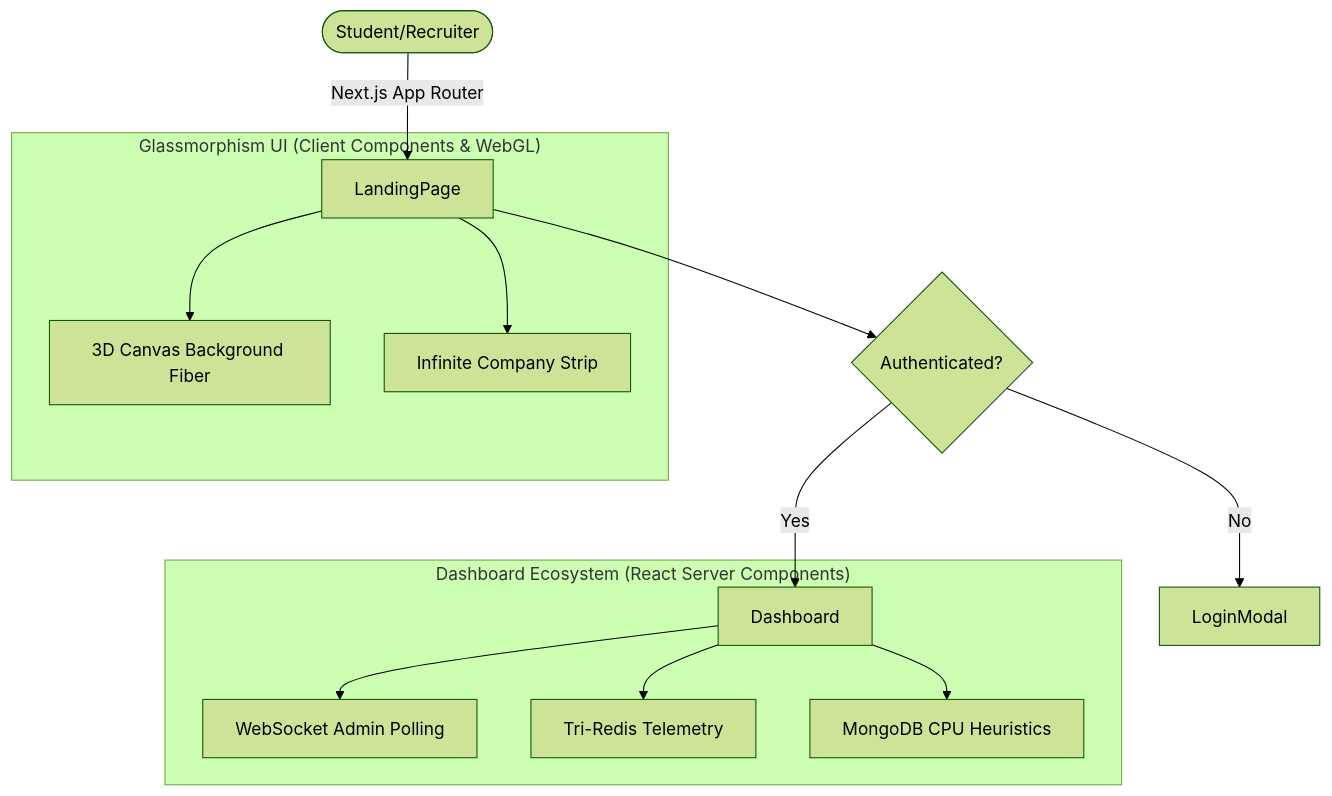
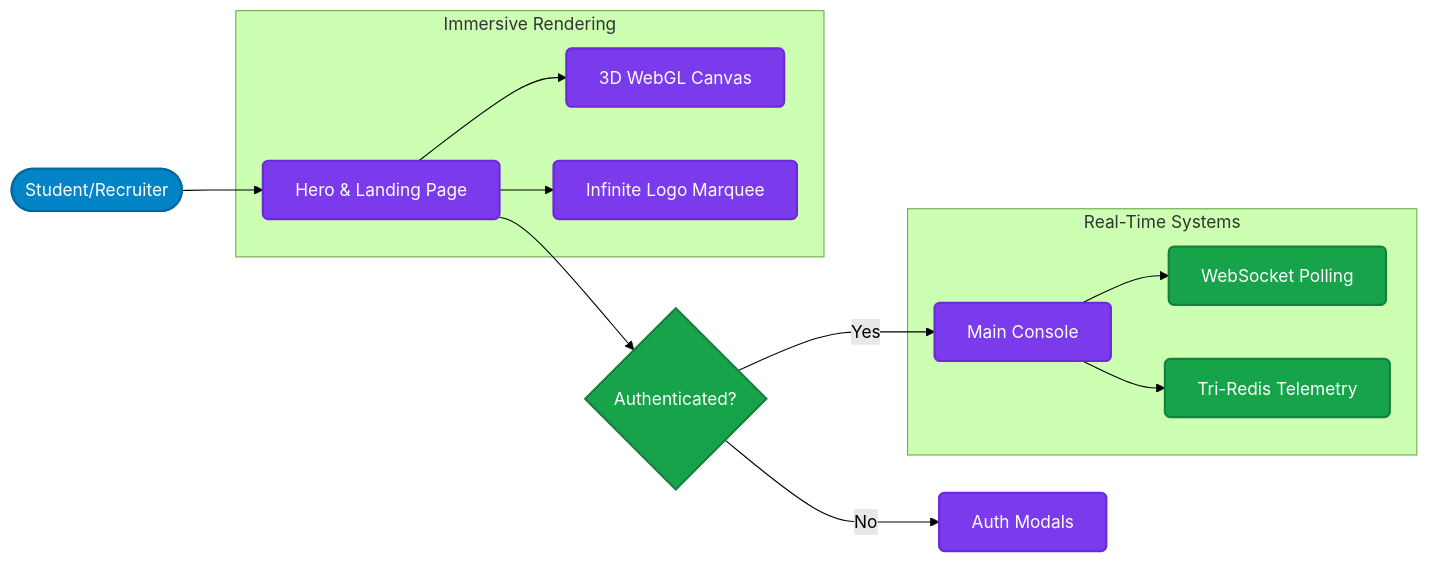
The diagram in opushire/README.md (soumik2441139/hackathon), drawn with Mermaid (forest theme) before and after one commit. The commit also changed 4 other files, not shown here.

Commit message:
feat(ui): implement White Canvas logo paradigm with Hunter.io fallback and refactor frontend architecture diagrams

````diff
--- a/opushire/README.md
+++ b/opushire/README.md
@@ -28,19 +28,23 @@
 ```mermaid
-graph TD
-    User([Student/Recruiter]) --> |Next.js App Router| LandingPage
-    LandingPage --> AuthState{Authenticated?}
+flowchart LR
+    %% Aesthetics
+    classDef user fill:#0284c7,stroke:#0369a1,stroke-width:2px,color:#fff,rx:10px;
+    classDef logic fill:#16a34a,stroke:#15803d,stroke-width:2px,color:#fff,rx:5px;
+    classDef ui fill:#7c3aed,stroke:#6d28d9,stroke-width:2px,color:#fff,rx:5px;
+
+    User([Student/Recruiter]):::user --> LandingPage[Hero & Landing Page]:::ui
+    LandingPage --> AuthState{Authenticated?}:::logic
     
-    AuthState -->|No| LoginModal
-    AuthState -->|Yes| Dashboard
+    AuthState -->|No| LoginModal[Auth Modals]:::ui
+    AuthState -->|Yes| Dashboard[Main Console]:::ui
     
-    subgraph "Dashboard Ecosystem (React Server Components)"
-      Dashboard --> LiveMetrics[WebSocket Admin Polling]
-      Dashboard --> RedisStats[Tri-Redis Telemetry]
-      Dashboard --> MongoDbStats[MongoDB CPU Heuristics]
+    subgraph "Real-Time Systems"
+      Dashboard --> LiveMetrics[WebSocket Polling]:::logic
+      Dashboard --> RedisStats[Tri-Redis Telemetry]:::logic
     end
     
-    subgraph "Glassmorphism UI (Client Components & WebGL)"
-      LandingPage --> Hero[3D Canvas Background Fiber]
-      LandingPage --> Marquee[Infinite Company Strip]
+    subgraph "Immersive Rendering"
+      LandingPage --> Hero3D[3D WebGL Canvas]:::ui
+      LandingPage --> Marquee[Infinite Logo Marquee]:::ui
     end
 ```
````
